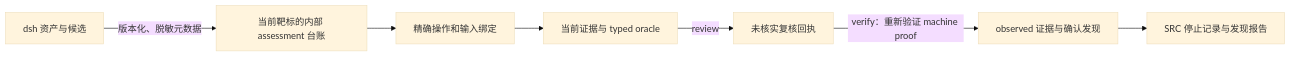
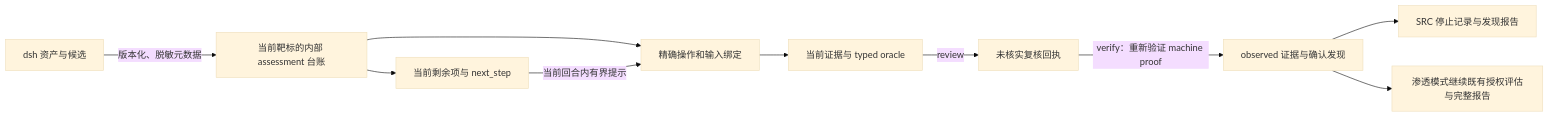
Before and after one commit to awovkj/dsh-purge: the diagram in docs/REDTEAM-AWA-SRC.md, drawn with Mermaid (base theme). The commit also changed other lines of this file and 266 other files, not shown here.

````diff
--- a/docs/REDTEAM-AWA-SRC.md
+++ b/docs/REDTEAM-AWA-SRC.md
@@ -5,9 +7,12 @@
 ```mermaid
 flowchart LR
   A[dsh 资产与候选] -->|版本化、脱敏元数据| B[当前靶标的内部 assessment 台账]
   B --> C[精确操作和输入绑定]
+  B --> H[当前剩余项与 next_step]
+  H -->|当前回合内有界提示| C
   C --> D[当前证据与 typed oracle]
   D -->|review| E[未核实复核回执]
   E -->|verify：重新验证 machine proof| F[observed 证据与确认发现]
   F --> G[SRC 停止记录与发现报告]
+  F --> P[渗透模式继续既有授权评估与完整报告]
 ```
````
